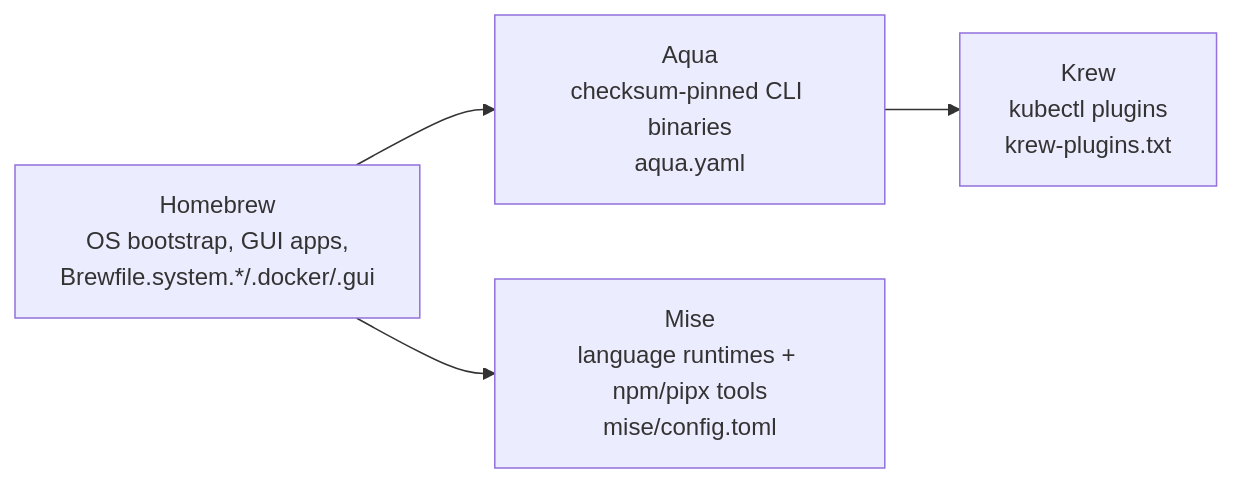
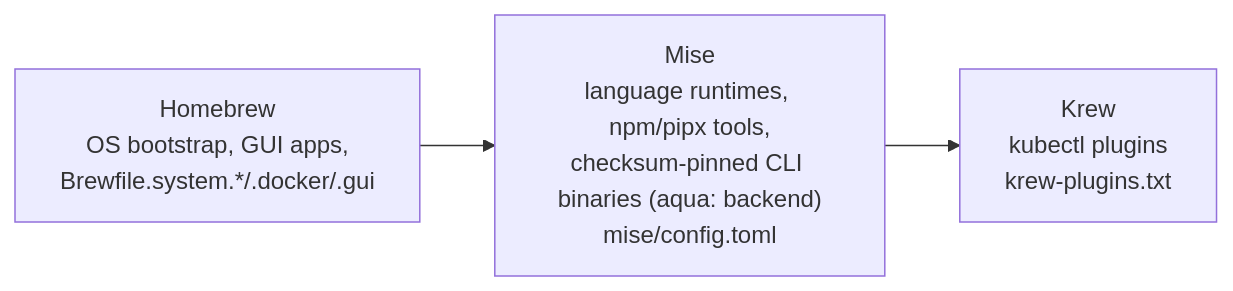
Before and after one commit to ppat/dotfiles: the diagram in CLAUDE.md, drawn with Mermaid. The commit also changed other lines of this file and 35 other files, not shown here.

First line of the commit message:
feat(dev-tools): retire aqua, consolidate CLI tool management into mise (#728)

````diff
--- a/CLAUDE.md
+++ b/CLAUDE.md
@@ -11,6 +11,5 @@
 ```mermaid
 flowchart LR
-    Homebrew["Homebrew\nOS bootstrap, GUI apps,\nBrewfile.system.*/.docker/.gui"] --> Aqua["Aqua\nchecksum-pinned CLI binaries\naqua.yaml"]
-    Homebrew --> Mise["Mise\nlanguage runtimes + npm/pipx tools\nmise/config.toml"]
-    Aqua --> Krew["Krew\nkubectl plugins\nkrew-plugins.txt"]
+    Homebrew["Homebrew\nOS bootstrap, GUI apps,\nBrewfile.system.*/.docker/.gui"] --> Mise["Mise\nlanguage runtimes, npm/pipx tools,\nchecksum-pinned CLI binaries (aqua: backend)\nmise/config.toml"]
+    Mise --> Krew["Krew\nkubectl plugins\nkrew-plugins.txt"]
 ```
````
